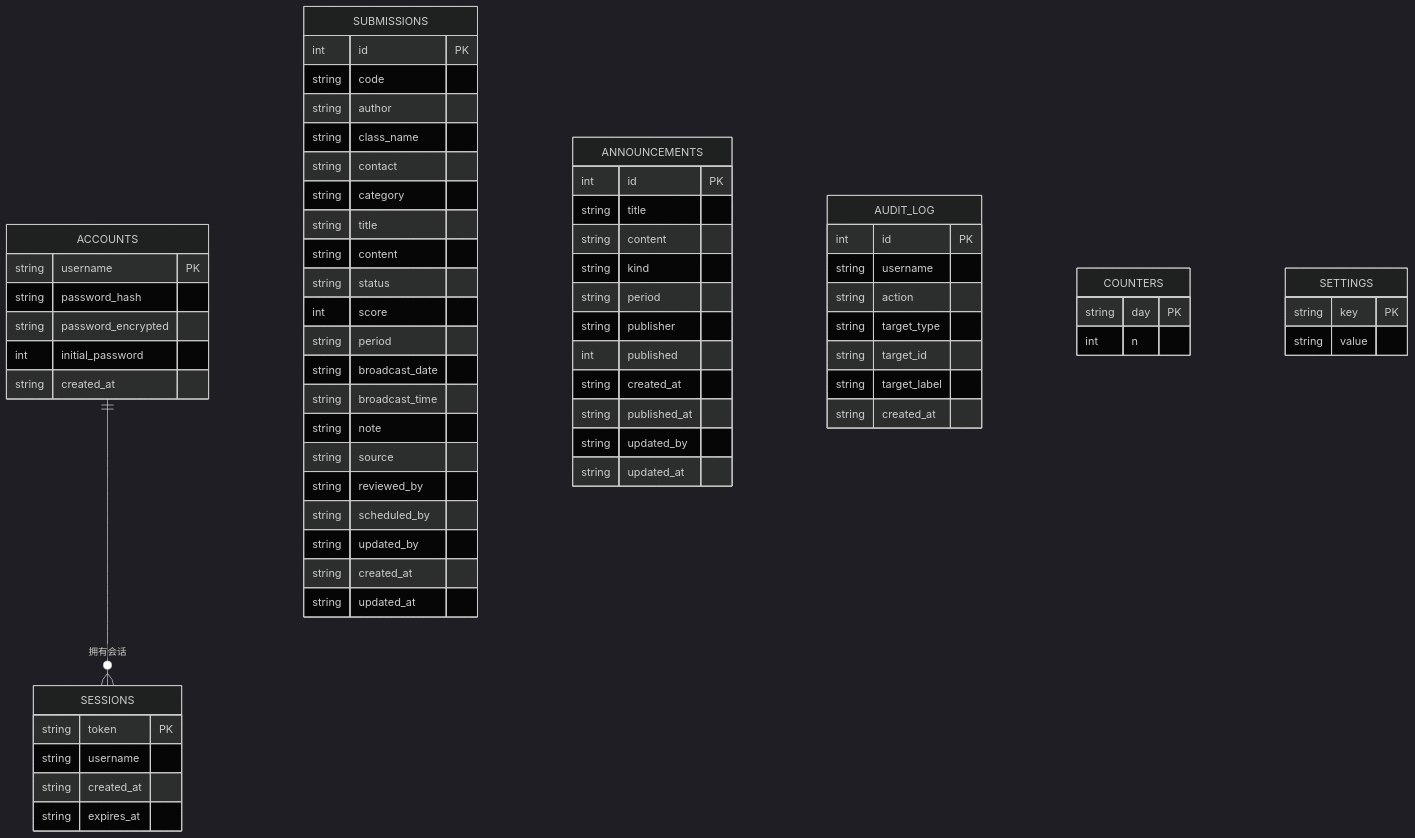
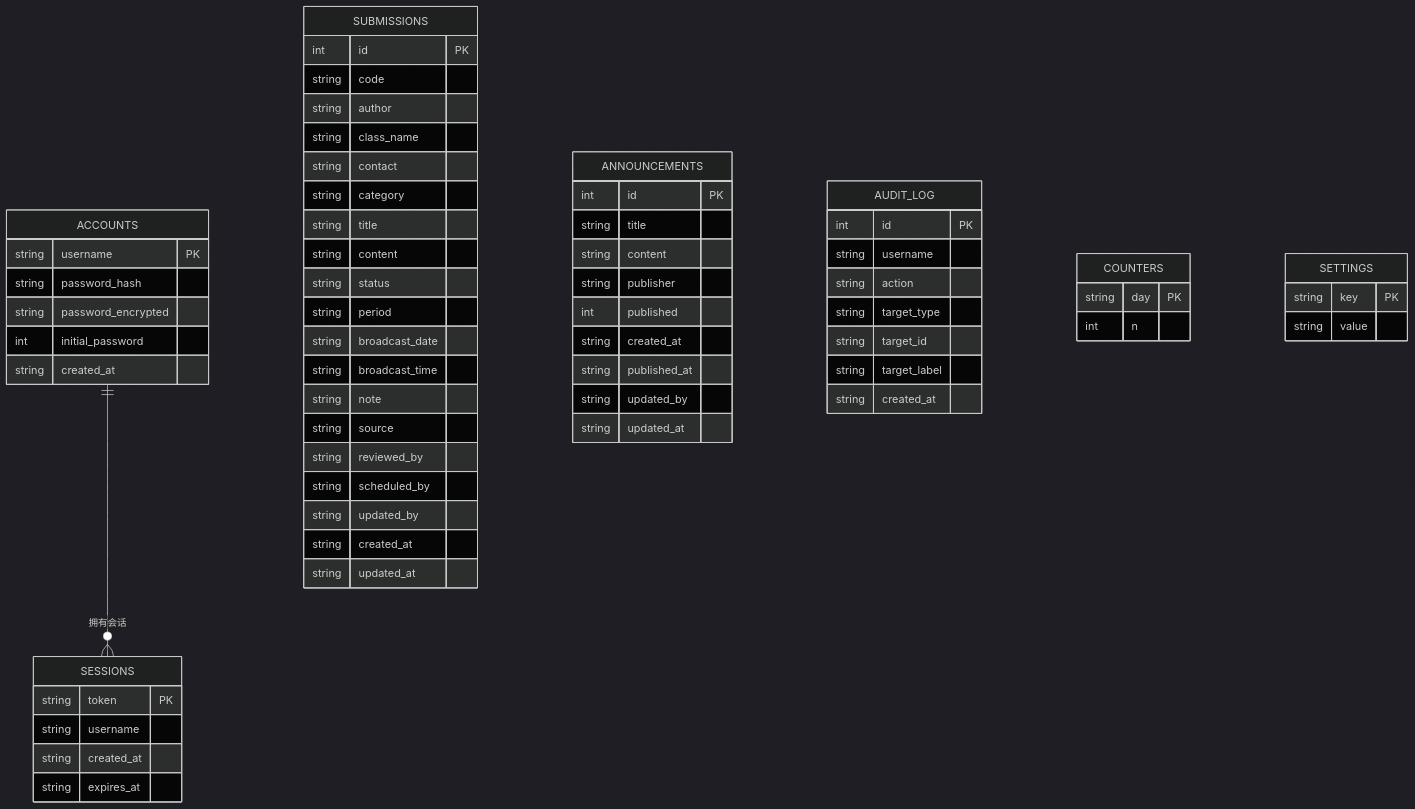
The fourth of 11 diagrams in README.md (xHua0904/cczx-RadioStation), drawn with Mermaid (dark theme) before and after one commit. The commit also changed other lines of this file and 36 other files, not shown here.

````diff
--- a/README.md
+++ b/README.md
@@ -224,70 +232,67 @@
 ```mermaid
 erDiagram
     ACCOUNTS ||--o{ SESSIONS : "拥有会话"
 
     ACCOUNTS {
         string username PK
         string password_hash
         string password_encrypted
         int initial_password
         string created_at
     }
     SESSIONS {
         string token PK
         string username
         string created_at
         string expires_at
     }
     SUBMISSIONS {
         int id PK
         string code
         string author
         string class_name
         string contact
         string category
         string title
         string content
         string status
-        int score
         string period
         string broadcast_date
         string broadcast_time
         string note
         string source
         string reviewed_by
         string scheduled_by
         string updated_by
         string created_at
         string updated_at
     }
     ANNOUNCEMENTS {
         int id PK
         string title
         string content
-        string kind
-        string period
         string publisher
         int published
         string created_at
         string published_at
         string updated_by
         string updated_at
     }
     AUDIT_LOG {
         int id PK
         string username
         string action
         string target_type
         string target_id
         string target_label
         string created_at
     }
     COUNTERS {
         string day PK
         int n
     }
     SETTINGS {
         string key PK
         string value
     }
 ```
````
